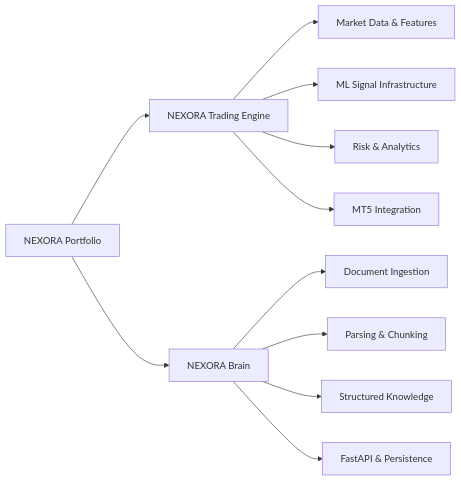
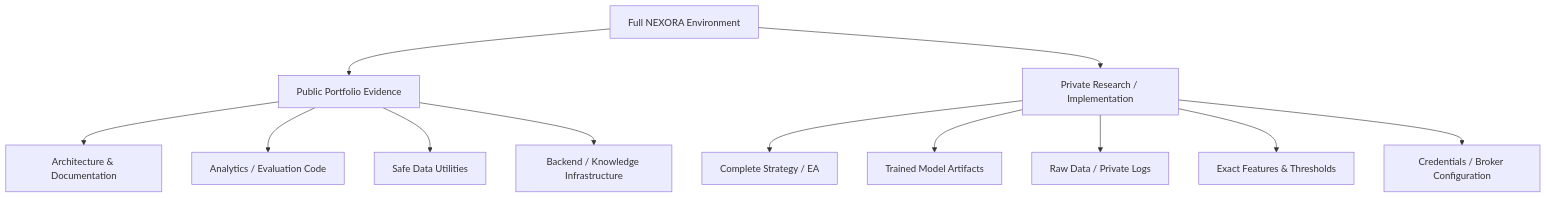
One commit to AshwinThakoor/nexora-portfolio changed the second of 2 diagrams in README.md. Above: the diagram before and after it, drawn with Mermaid. The commit also changed other lines of this file, not shown here.

Commit message:
Align NEXORA portfolio with resume evidence

````diff
--- a/README.md
+++ b/README.md
@@ -65,29 +100,16 @@
 ```mermaid
-flowchart LR
-    N[NEXORA Portfolio]
-    T[NEXORA Trading Engine]
-    B[NEXORA Brain]
+flowchart TB
+    FULL[Full NEXORA Environment] --> PUBLIC[Public Portfolio Evidence]
+    FULL --> PRIVATE[Private Research / Implementation]
 
-    T1[Market Data & Features]
-    T2[ML Signal Infrastructure]
-    T3[Risk & Analytics]
-    T4[MT5 Integration]
+    PUBLIC --> P1[Architecture & Documentation]
+    PUBLIC --> P2[Analytics / Evaluation Code]
+    PUBLIC --> P3[Safe Data Utilities]
+    PUBLIC --> P4[Backend / Knowledge Infrastructure]
 
-    B1[Document Ingestion]
-    B2[Parsing & Chunking]
-    B3[Structured Knowledge]
-    B4[FastAPI & Persistence]
-
-    N --> T
-    N --> B
-
-    T --> T1
-    T --> T2
-    T --> T3
-    T --> T4
-
-    B --> B1
-    B --> B2
-    B --> B3
-    B --> B4
+    PRIVATE --> S1[Complete Strategy / EA]
+    PRIVATE --> S2[Trained Model Artifacts]
+    PRIVATE --> S3[Raw Data / Private Logs]
+    PRIVATE --> S4[Exact Features & Thresholds]
+    PRIVATE --> S5[Credentials / Broker Configuration]
 ```
````
